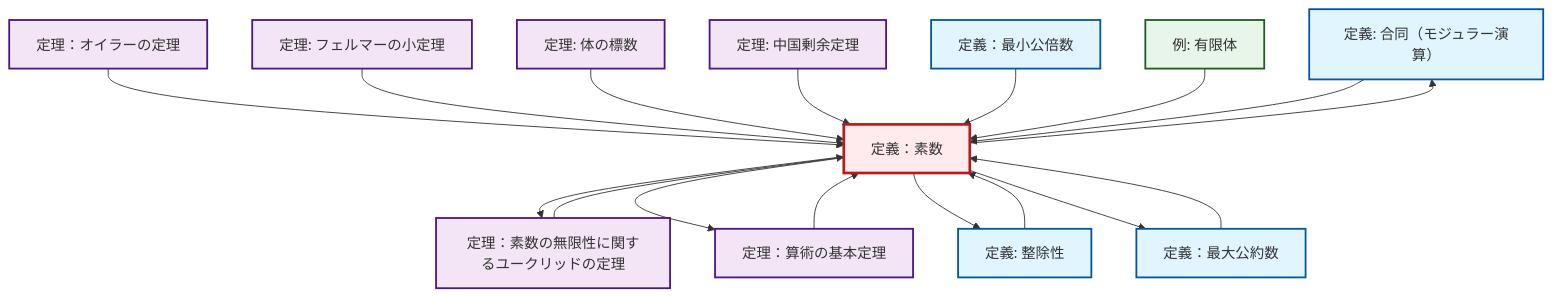
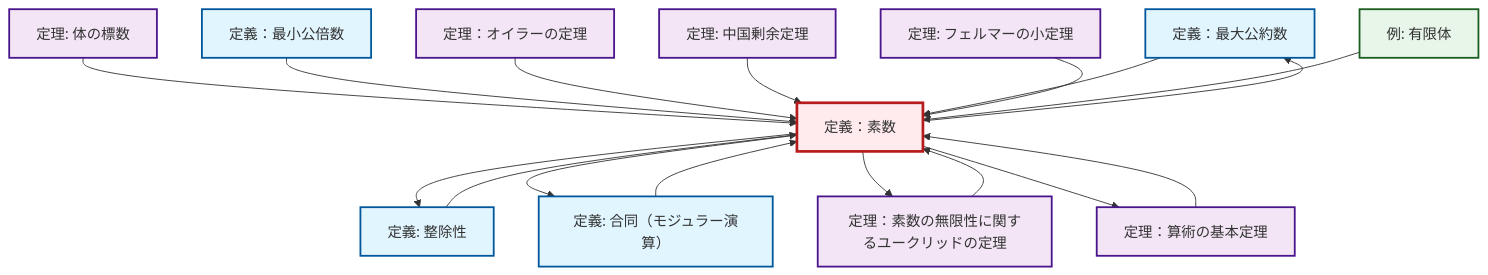
One commit to RK0429/ModernMath changed the diagram in content/ja/number-theory/def-prime.qmd. Above: the diagram before and after it, drawn with Mermaid. The commit also changed other lines of this file and 1012 other files, not shown here.

````diff
--- a/content/ja/number-theory/def-prime.qmd
+++ b/content/ja/number-theory/def-prime.qmd
@@ -66,49 +66,49 @@
 ```{mermaid}
 %%| fig-cap: "Local dependency graph"
 graph TD
     classDef definition fill:#e1f5fe,stroke:#01579b,stroke-width:2px
     classDef theorem fill:#f3e5f5,stroke:#4a148c,stroke-width:2px
     classDef axiom fill:#fff3e0,stroke:#e65100,stroke-width:2px
     classDef example fill:#e8f5e9,stroke:#1b5e20,stroke-width:2px
     classDef current fill:#ffebee,stroke:#b71c1c,stroke-width:3px
+    def-gcd["定義：最大公約数"]:::definition
+    def-prime["定義：素数"]:::definition
     def-congruence["定義: 合同（モジュラー演算）"]:::definition
+    thm-chinese-remainder["定理: 中国剰余定理"]:::theorem
+    thm-euler["定理：オイラーの定理"]:::theorem
+    thm-field-characteristic["定理: 体の標数"]:::theorem
     def-lcm["定義：最小公倍数"]:::definition
+    thm-fundamental-arithmetic["定理：算術の基本定理"]:::theorem
+    ex-finite-field["例: 有限体"]:::example
+    thm-euclid-infinitude-primes["定理：素数の無限性に関するユークリッドの定理"]:::theorem
+    thm-fermat-little["定理: フェルマーの小定理"]:::theorem
     def-divisibility["定義: 整除性"]:::definition
-    thm-euclid-infinitude-primes["定理：素数の無限性に関するユークリッドの定理"]:::theorem
-    thm-fundamental-arithmetic["定理：算術の基本定理"]:::theorem
-    thm-euler["定理：オイラーの定理"]:::theorem
-    thm-chinese-remainder["定理: 中国剰余定理"]:::theorem
-    thm-fermat-little["定理: フェルマーの小定理"]:::theorem
-    def-gcd["定義：最大公約数"]:::definition
-    thm-field-characteristic["定理: 体の標数"]:::theorem
-    def-prime["定義：素数"]:::definition
-    ex-finite-field["例: 有限体"]:::example
+    thm-field-characteristic --> def-prime
+    def-lcm --> def-prime
+    thm-euler --> def-prime
+    thm-chinese-remainder --> def-prime
+    def-prime --> def-divisibility
+    def-prime --> def-gcd
+    def-divisibility --> def-prime
+    def-prime --> def-congruence
+    def-gcd --> def-prime
+    def-congruence --> def-prime
     def-prime --> thm-euclid-infinitude-primes
-    thm-euler --> def-prime
-    def-divisibility --> def-prime
     thm-fermat-little --> def-prime
-    def-prime --> def-congruence
-    thm-field-characteristic --> def-prime
+    thm-fundamental-arithmetic --> def-prime
     def-prime --> thm-fundamental-arithmetic
-    thm-chinese-remainder --> def-prime
-    def-gcd --> def-prime
-    thm-fundamental-arithmetic --> def-prime
-    def-prime --> def-divisibility
-    def-lcm --> def-prime
     ex-finite-field --> def-prime
-    def-prime --> def-gcd
-    def-congruence --> def-prime
     thm-euclid-infinitude-primes --> def-prime
     class def-prime current
+    click def-gcd "def-gcd.html" "定義：最大公約数へ"
     click def-congruence "def-congruence.html" "合同（モジュラー演算）の定義へ"
+    click thm-chinese-remainder "thm-chinese-remainder.html" "中国剰余定理の定理へ"
+    click thm-euler "thm-euler.html" "定理：オイラーの定理へ"
+    click thm-field-characteristic "thm-field-characteristic.html" "体の標数の定理へ"
     click def-lcm "def-lcm.html" "定義：最小公倍数へ"
+    click thm-fundamental-arithmetic "thm-fundamental-arithmetic.html" "定理：算術の基本定理へ"
+    click ex-finite-field "ex-finite-field.html" "有限体の例へ"
+    click thm-euclid-infinitude-primes "thm-euclid-infinitude-primes.html" "定理：素数の無限性に関するユークリッドの定理へ"
+    click thm-fermat-little "thm-fermat-little.html" "フェルマーの小定理の定理へ"
     click def-divisibility "def-divisibility.html" "整除性の定義へ"
-    click thm-euclid-infinitude-primes "thm-euclid-infinitude-primes.html" "定理：素数の無限性に関するユークリッドの定理へ"
-    click thm-fundamental-arithmetic "thm-fundamental-arithmetic.html" "定理：算術の基本定理へ"
-    click thm-euler "thm-euler.html" "定理：オイラーの定理へ"
-    click thm-chinese-remainder "thm-chinese-remainder.html" "中国剰余定理の定理へ"
-    click thm-fermat-little "thm-fermat-little.html" "フェルマーの小定理の定理へ"
-    click def-gcd "def-gcd.html" "定義：最大公約数へ"
-    click thm-field-characteristic "thm-field-characteristic.html" "体の標数の定理へ"
-    click ex-finite-field "ex-finite-field.html" "有限体の例へ"
 ```
````
